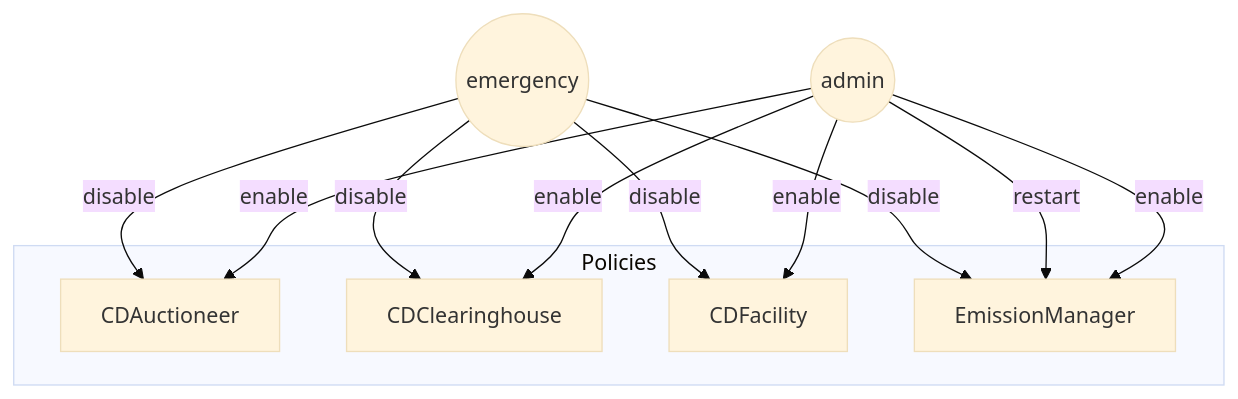
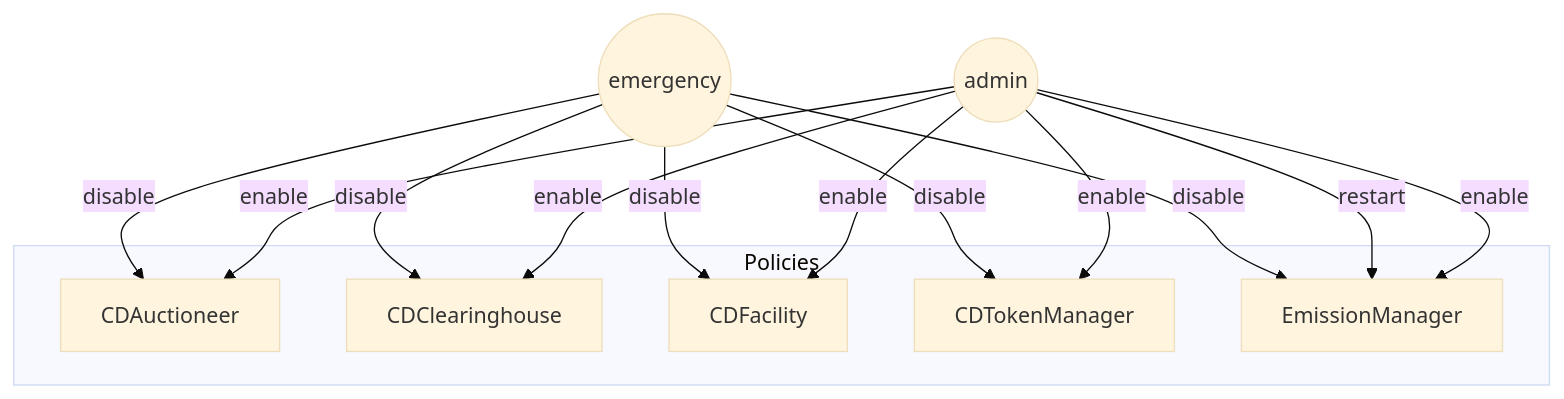
The first of 7 diagrams in audit/2025-01_convertible-deposits/README.md (OlympusDAO/olympus-v3), drawn with Mermaid (base theme) before and after one commit. The commit also changed other lines of this file, not shown here.

````diff
--- a/audit/2025-01_convertible-deposits/README.md
+++ b/audit/2025-01_convertible-deposits/README.md
@@ -195,19 +213,22 @@
 ```mermaid
 flowchart TD
   admin((admin)) -- enable --> CDAuctioneer
   admin((admin)) -- enable --> CDClearinghouse
   admin((admin)) -- enable --> CDFacility
+  admin((admin)) -- enable --> CDTokenManager
   admin((admin)) -- enable --> EmissionManager
   admin((admin)) -- restart --> EmissionManager
   emergency((emergency)) -- disable --> CDAuctioneer
   emergency((emergency)) -- disable --> CDClearinghouse
   emergency((emergency)) -- disable --> CDFacility
+  emergency((emergency)) -- disable --> CDTokenManager
   emergency((emergency)) -- disable --> EmissionManager
 
   subgraph Policies
     CDAuctioneer
     CDClearinghouse
     CDFacility
+    CDTokenManager
     EmissionManager
   end
 ```
````
